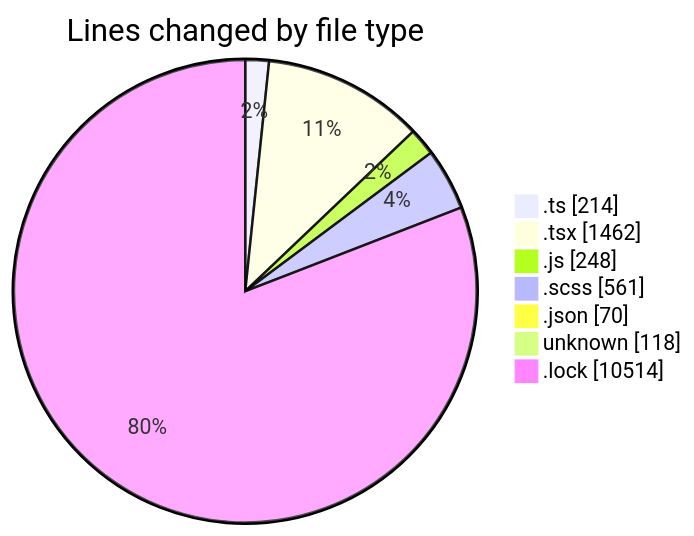
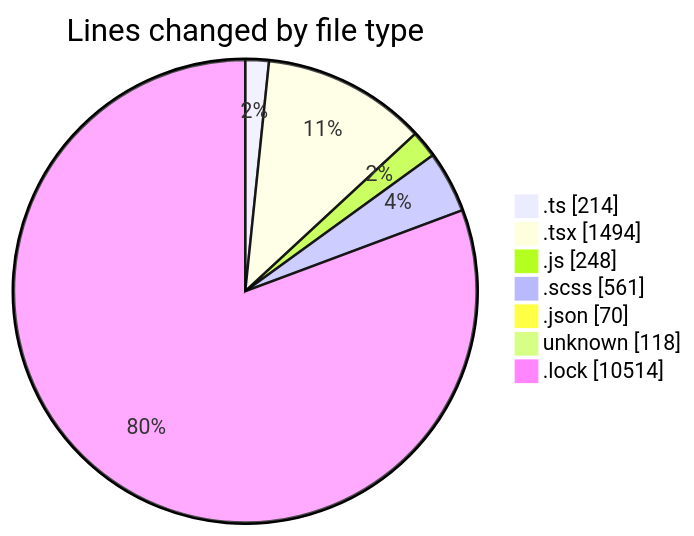
Before and after one commit to momahboobian/code-tracking: the first of 2 diagrams in 2026-05-08/cda/README.md, drawn with Mermaid. The commit also changed other lines of this file and 1 other file, not shown here.

````diff
--- a/2026-05-08/cda/README.md
+++ b/2026-05-08/cda/README.md
@@ -42,11 +42,11 @@
 ```mermaid
 pie showData
 title Lines changed by file type
 ".ts" : 214
-".tsx" : 1462
+".tsx" : 1494
 ".js" : 248
 ".scss" : 561
 ".json" : 70
 "unknown" : 118
 ".lock" : 10514
 ```
````
